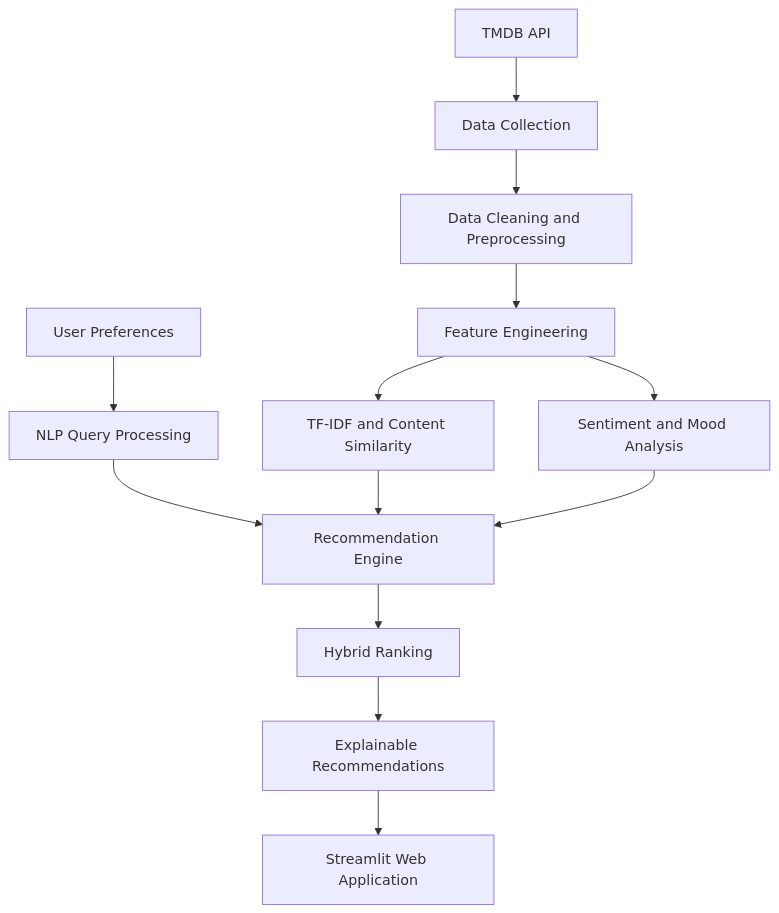
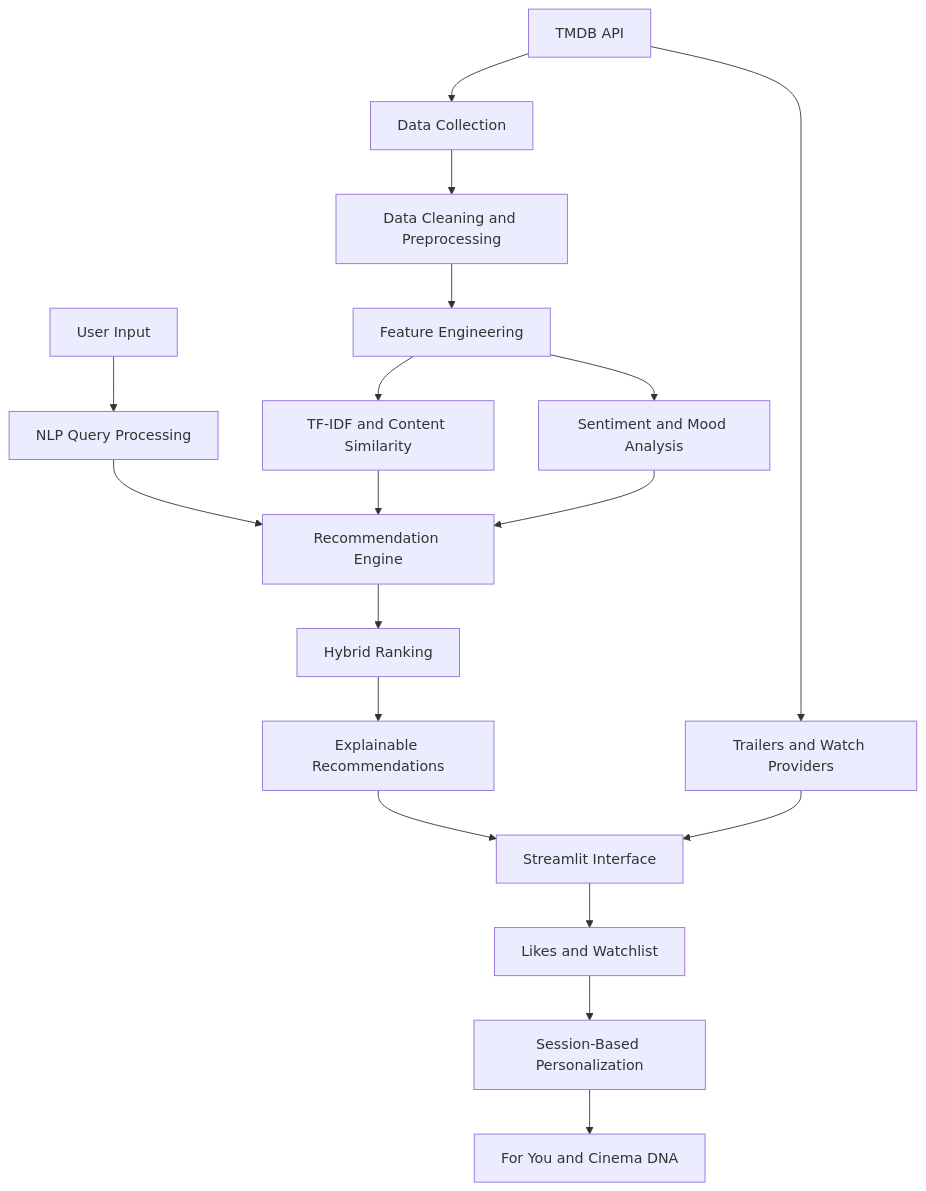
One commit to alecris-mc/CineMood changed the diagram in README.md. Above: the diagram before and after it, drawn with Mermaid. The commit also changed other lines of this file, not shown here.

````diff
--- a/README.md
+++ b/README.md
@@ -74,15 +125,20 @@
 ```mermaid
 flowchart TD
     A[TMDB API] --> B[Data Collection]
     B --> C[Data Cleaning and Preprocessing]
     C --> D[Feature Engineering]
     D --> E[TF-IDF and Content Similarity]
     D --> F[Sentiment and Mood Analysis]
-    G[User Preferences] --> H[NLP Query Processing]
+    G[User Input] --> H[NLP Query Processing]
     H --> I[Recommendation Engine]
     E --> I
     F --> I
     I --> J[Hybrid Ranking]
     J --> K[Explainable Recommendations]
-    K --> L[Streamlit Web Application]
+    K --> L[Streamlit Interface]
+    L --> M[Likes and Watchlist]
+    M --> N[Session-Based Personalization]
+    N --> O[For You and Cinema DNA]
+    A --> P[Trailers and Watch Providers]
+    P --> L
 ```
````
